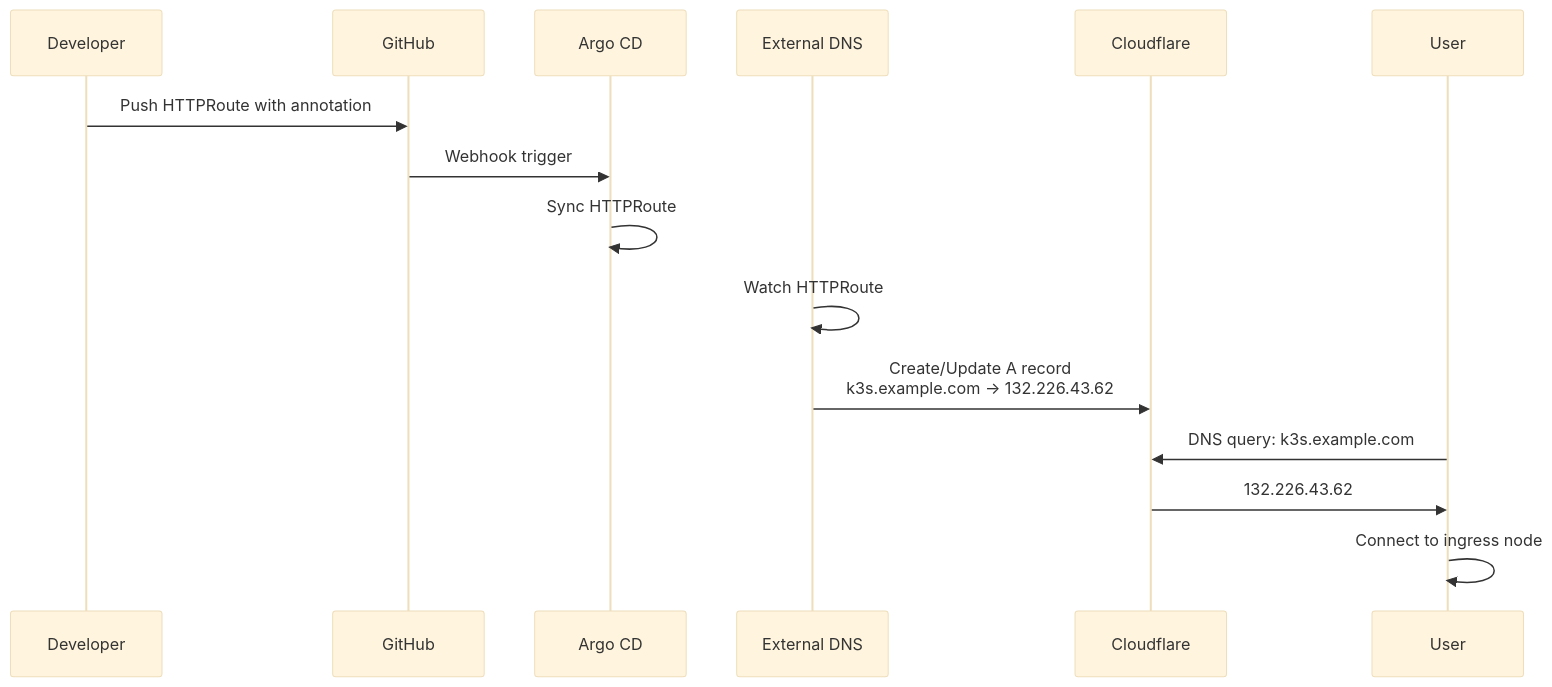
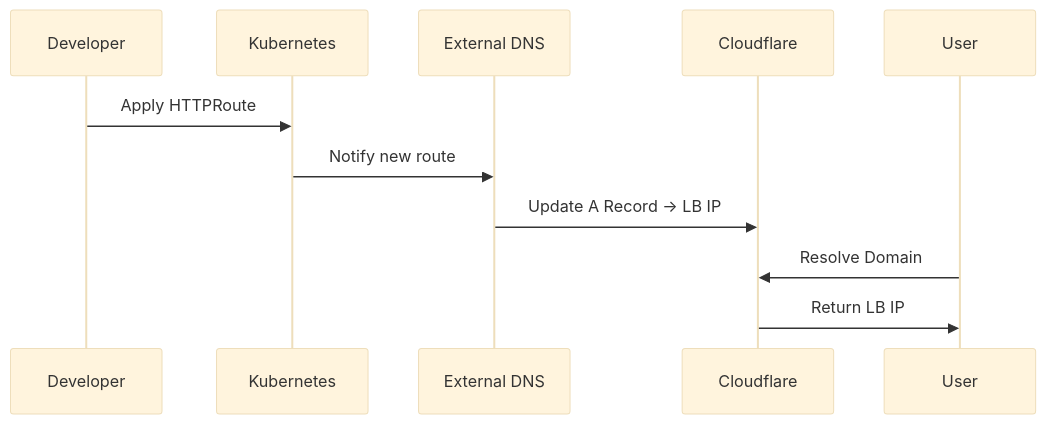
One commit to nsudhanva/k8s-oracle changed the second of 2 diagrams in docs/src/content/docs/architecture/networking.md. Above: the diagram before and after it, drawn with Mermaid (base theme). The commit also changed other lines of this file and 16 other files, not shown here.

Commit message:
docs: update architecture to OKE and fix envoy gateway subnet

````diff
--- a/docs/src/content/docs/architecture/networking.md
+++ b/docs/src/content/docs/architecture/networking.md
@@ -145,18 +71,14 @@
 ```mermaid
 sequenceDiagram
     participant Dev as Developer
-    participant GH as GitHub
-    participant Argo as Argo CD
+    participant K8s as Kubernetes
     participant ED as External DNS
     participant CF as Cloudflare
     participant User as User
 
-    Dev->>GH: Push HTTPRoute with annotation
-    GH->>Argo: Webhook trigger
-    Argo->>Argo: Sync HTTPRoute
-    ED->>ED: Watch HTTPRoute
-    ED->>CF: Create/Update A record<br/>k3s.example.com → 132.226.43.62
-    User->>CF: DNS query: k3s.example.com
-    CF->>User: 132.226.43.62
-    User->>User: Connect to ingress node
+    Dev->>K8s: Apply HTTPRoute
+    K8s->>ED: Notify new route
+    ED->>CF: Update A Record -> LB IP
+    User->>CF: Resolve Domain
+    CF->>User: Return LB IP
 ```
````
